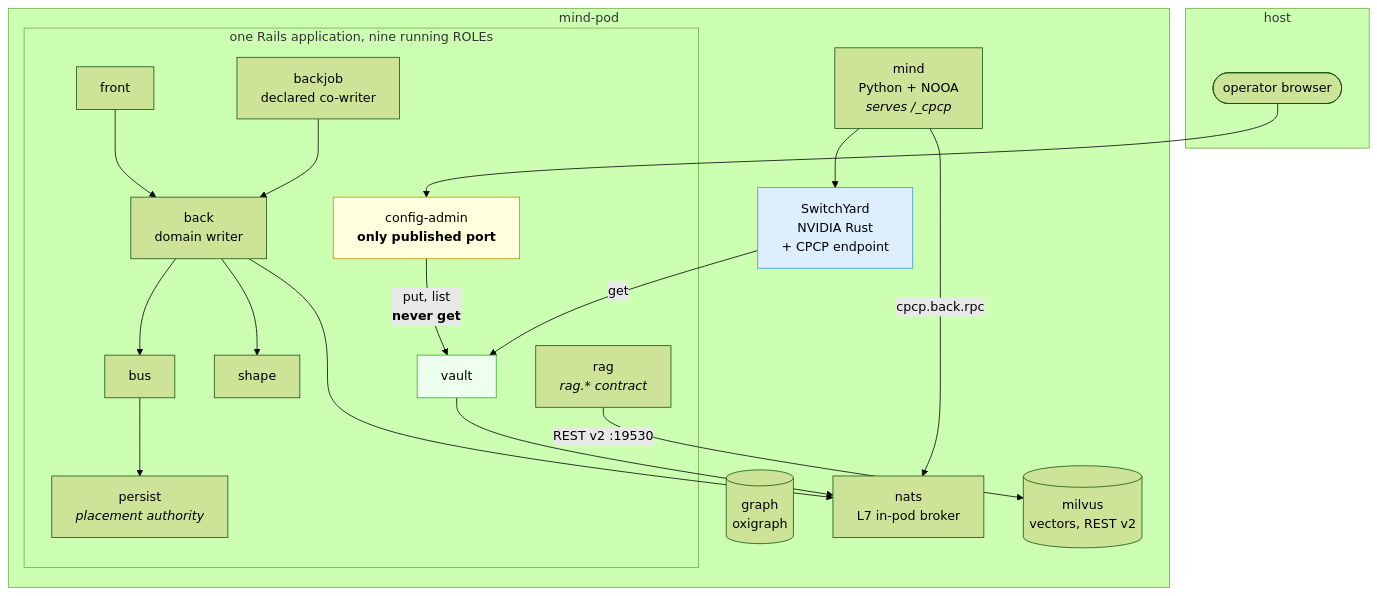
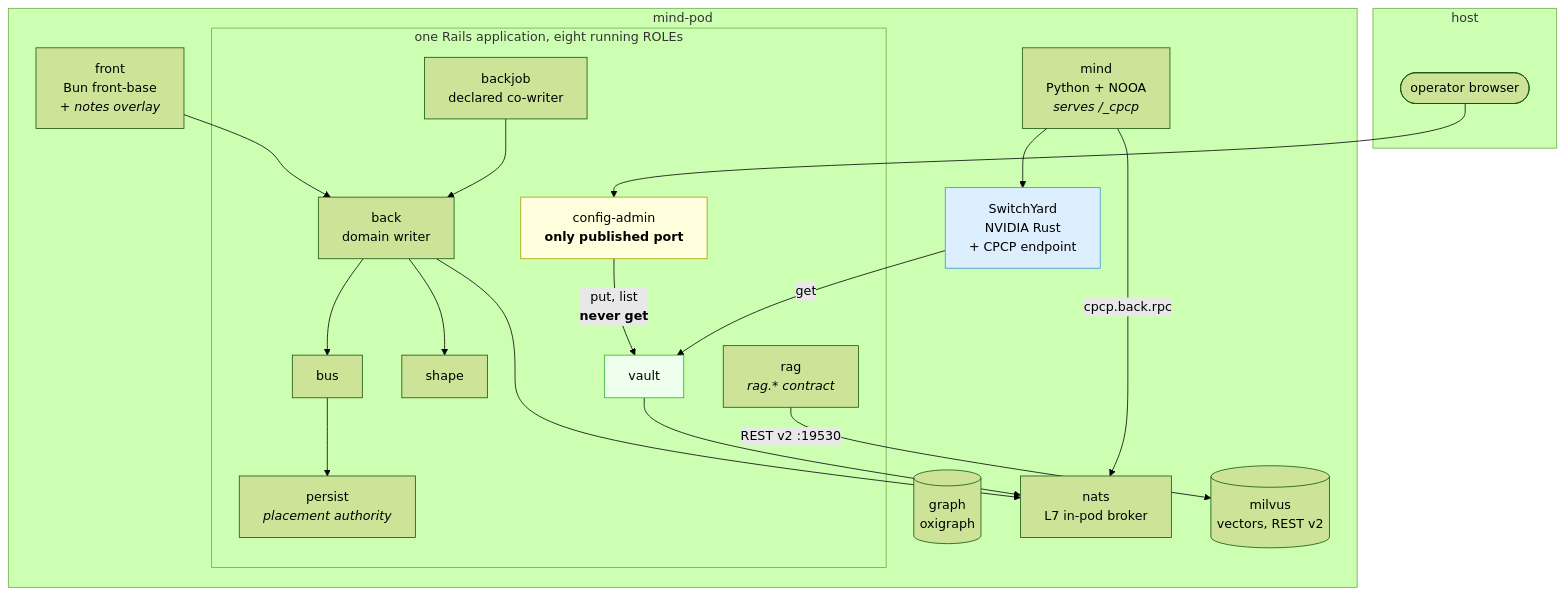
One commit to laquereric/magentic-stack changed the second of 6 diagrams in docs/architecture/ContainerTopology.md. Above: the diagram before and after it, drawn with Mermaid (forest theme). The commit also changed other lines of this file and 5 other files, not shown here.

````diff
--- a/docs/architecture/ContainerTopology.md
+++ b/docs/architecture/ContainerTopology.md
@@ -91,41 +91,41 @@
 ```mermaid
 graph TB
   subgraph host["host"]
     H(["operator browser"])
   end
   subgraph pod["mind-pod"]
-    subgraph rails["one Rails application, nine running ROLEs"]
+    subgraph rails["one Rails application, eight running ROLEs"]
       CONFIG["config-admin<br/><b>only published port</b>"]
-      FRONT["front"]
       BACK["back<br/>domain writer"]
       BACKJOB["backjob<br/>declared co-writer"]
       VAULT["vault"]
       SHAPE["shape"]
       PERSIST["persist<br/><i>placement authority</i>"]
       BUS["bus"]
       RAG["rag<br/><i>rag.* contract</i>"]
     end
+    FRONT["front<br/>Bun front-base<br/><i>+ notes overlay</i>"]
     MIND["mind<br/>Python + NOOA<br/><i>serves /_cpcp</i>"]
     SY["SwitchYard<br/>NVIDIA Rust<br/>+ CPCP endpoint"]
     GRAPH[("graph<br/>oxigraph")]
     NATS["nats<br/>L7 in-pod broker"]
     MILVUS[("milvus<br/>vectors, REST v2")]
   end
   H --> CONFIG
   CONFIG -->|"put, list<br/><b>never get</b>"| VAULT
   SY -->|"get"| VAULT
   FRONT --> BACK
   BACKJOB --> BACK
   MIND -->|"cpcp.back.rpc"| NATS
   MIND --> SY
   BACK --> BUS
   BACK --> NATS
   BUS --> PERSIST
   BACK --> SHAPE
   VAULT --> NATS
   RAG -->|"REST v2 :19530"| MILVUS
 
   style CONFIG fill:#ffd,stroke:#a90
   style VAULT fill:#efe,stroke:#3a3
   style SY fill:#def,stroke:#39c
 ```
````
